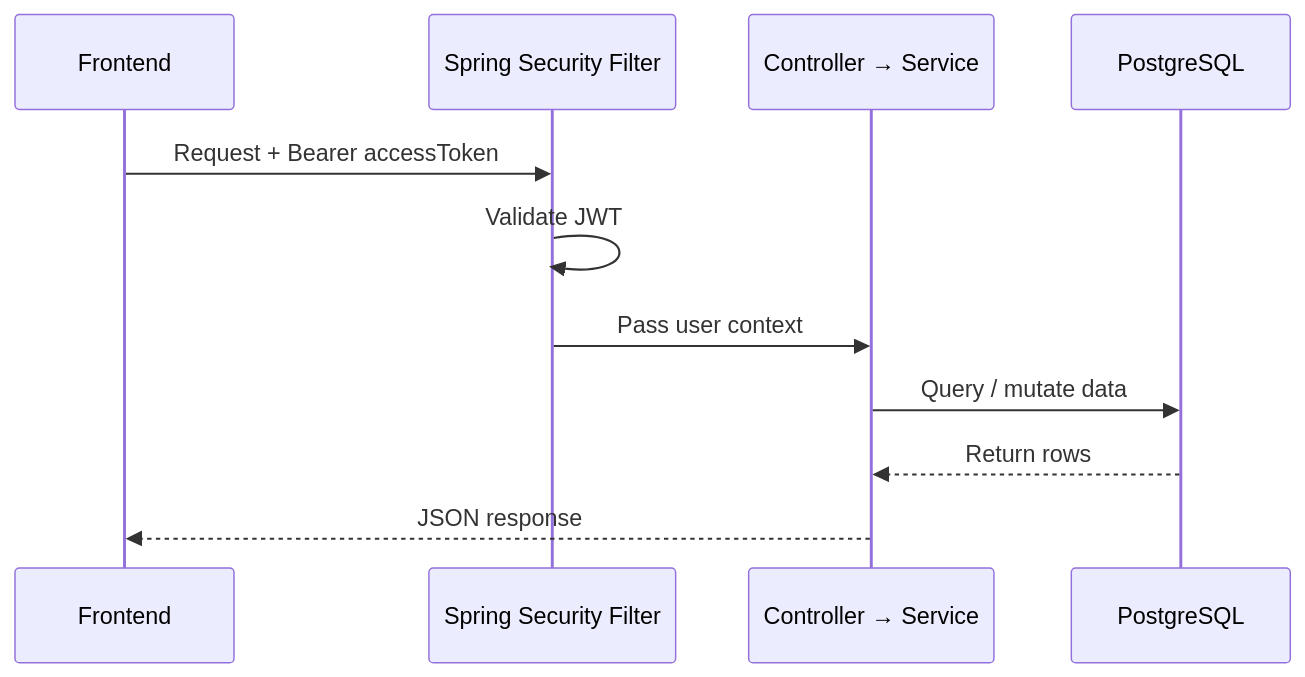
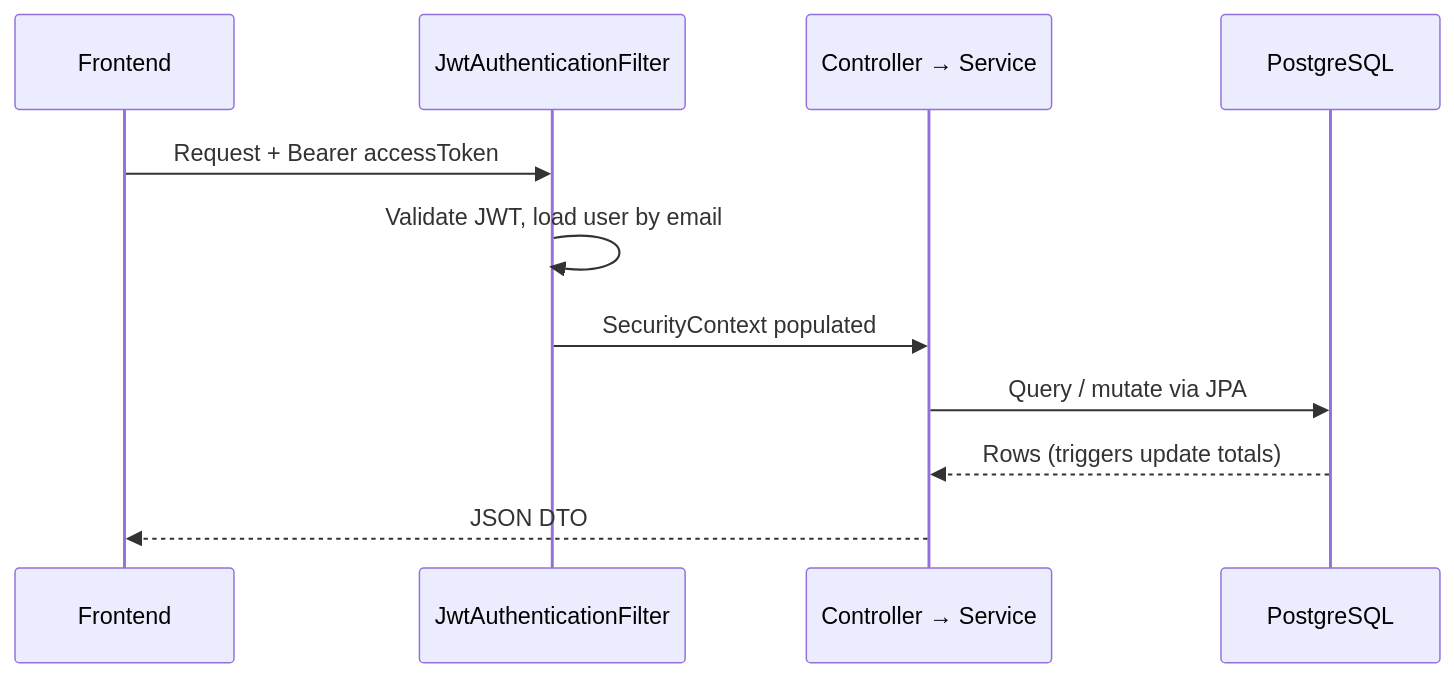
One commit to snsyaqirah/snsyaqirah.github.io changed diagram 11 of 16 in portfolio-react/public/docs/travelluhh.md. Above: the diagram before and after it, drawn with Mermaid. The commit also changed other lines of this file and 101 other files, not shown here.

````diff
--- a/portfolio-react/public/docs/travelluhh.md
+++ b/portfolio-react/public/docs/travelluhh.md
@@ -437,14 +464,14 @@
 ```mermaid
 sequenceDiagram
     participant FE as Frontend
-    participant SF as Spring Security Filter
+    participant SF as JwtAuthenticationFilter
     participant API as Controller → Service
     participant DB as PostgreSQL
 
     FE->>SF: Request + Bearer accessToken
-    SF->>SF: Validate JWT
-    SF->>API: Pass user context
-    API->>DB: Query / mutate data
-    DB-->>API: Return rows
-    API-->>FE: JSON response
+    SF->>SF: Validate JWT, load user by email
+    SF->>API: SecurityContext populated
+    API->>DB: Query / mutate via JPA
+    DB-->>API: Rows (triggers update totals)
+    API-->>FE: JSON DTO
 ```
````
